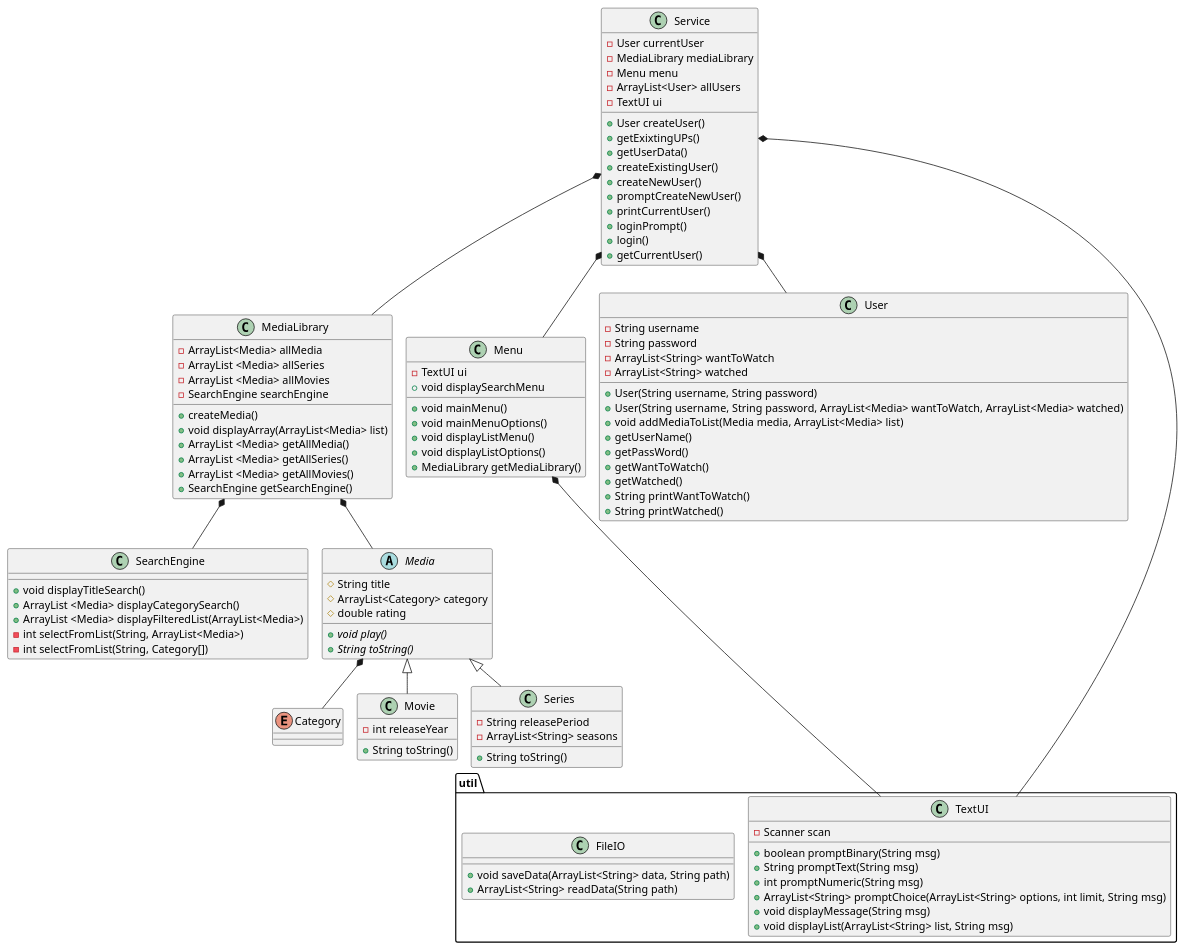
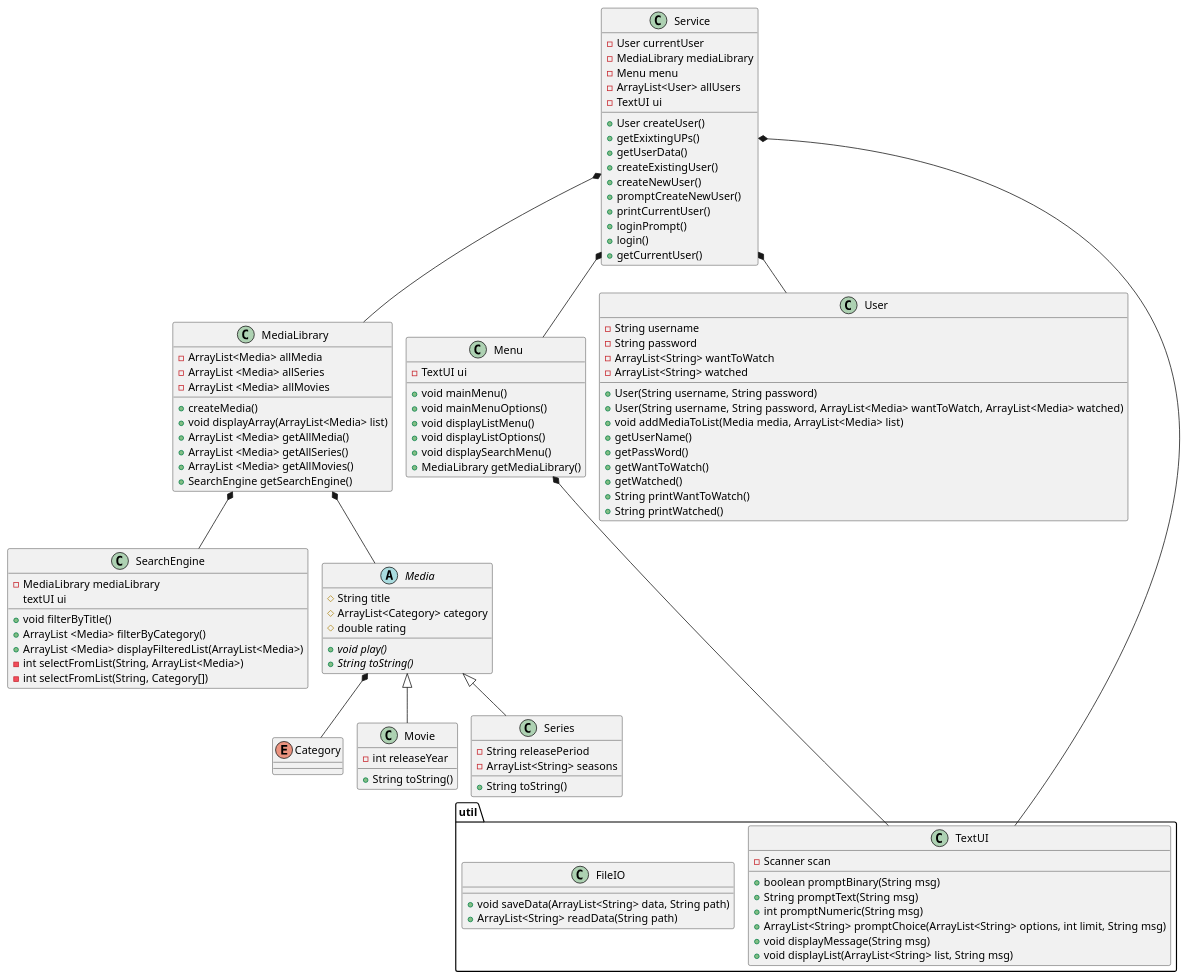
One commit to Ledut-dev/SP3_Chill changed the diagram in doc/classdiagram_V2.puml. Above: the diagram before and after it, drawn with PlantUML.

Commit message:
ny v2 klassediagram

```diff
--- a/doc/classdiagram_V2.puml
+++ b/doc/classdiagram_V2.puml
@@ -1,121 +1,122 @@
 @startuml
 'https://plantuml.com/class-diagram
 
 !pragma layout smetana
 
 enum Category
 
 class Service {
 - User currentUser
 - MediaLibrary mediaLibrary
 - Menu menu
 - ArrayList<User> allUsers
 -TextUI ui
 + User createUser()
 +getExixtingUPs()
 +getUserData()
 +createExistingUser()
 +createNewUser()
 +promptCreateNewUser()
 +printCurrentUser()
 +loginPrompt()
 +login()
 +getCurrentUser()
 }
 
 class MediaLibrary{
 - ArrayList<Media> allMedia
 - ArrayList <Media> allSeries
 - ArrayList <Media> allMovies
-- SearchEngine searchEngine
 +createMedia()
 + void displayArray(ArrayList<Media> list)
 + ArrayList <Media> getAllMedia()
 + ArrayList <Media> getAllSeries()
 + ArrayList <Media> getAllMovies()
 + SearchEngine getSearchEngine()
 
 }
 class Menu{
 - TextUI ui
 + void mainMenu()
 + void mainMenuOptions()
 + void displayListMenu()
 +void displayListOptions()
-+void displaySearchMenu
++void displaySearchMenu()
 + MediaLibrary getMediaLibrary()
 }
 class SearchEngine{
-+ void displayTitleSearch()
-+ArrayList <Media> displayCategorySearch()
+-MediaLibrary mediaLibrary
+textUI ui
++ void filterByTitle()
++ArrayList <Media> filterByCategory()
 +ArrayList <Media> displayFilteredList(ArrayList<Media>)
 -int selectFromList(String, ArrayList<Media>)
 -int selectFromList(String, Category[])
 
 }
 
 abstract class Media {
 # String title
 # ArrayList<Category> category
 # double rating
 + void {abstract} play()
 +{abstract} String toString()
 }
 
 
 class Movie extends Media{
 - int releaseYear
 + String toString()
 }
 
 class Series extends Media{
 - String releasePeriod
 - ArrayList<String> seasons
 + String toString()
 }
 
 
 class User{
 - String username
 - String password
 - ArrayList<String> wantToWatch
 - ArrayList<String> watched
 + User(String username, String password)
 + User(String username, String password, ArrayList<Media> wantToWatch, ArrayList<Media> watched)
 + void addMediaToList(Media media, ArrayList<Media> list)
 +getUserName()
 +getPassWord()
 +getWantToWatch()
 +getWatched()
 +String printWantToWatch()
 +String printWatched()
 }
 
 package "util" {
 class TextUI {
 - Scanner scan
 + boolean promptBinary(String msg)
 + String promptText(String msg)
 + int promptNumeric(String msg)
 + ArrayList<String> promptChoice(ArrayList<String> options, int limit, String msg)
 + void displayMessage(String msg)
 + void displayList(ArrayList<String> list, String msg)
 }
 
 class FileIO{
 + void saveData(ArrayList<String> data, String path)
 + ArrayList<String> readData(String path)
 }
 }
 
 Media *-- Category
 MediaLibrary *-- SearchEngine
 MediaLibrary *-- Media
 Service *-- MediaLibrary
 Service *-- User
 Service *-- Menu
 Service *-- TextUI
 Menu *---- TextUI
 
 
 @enduml
```
